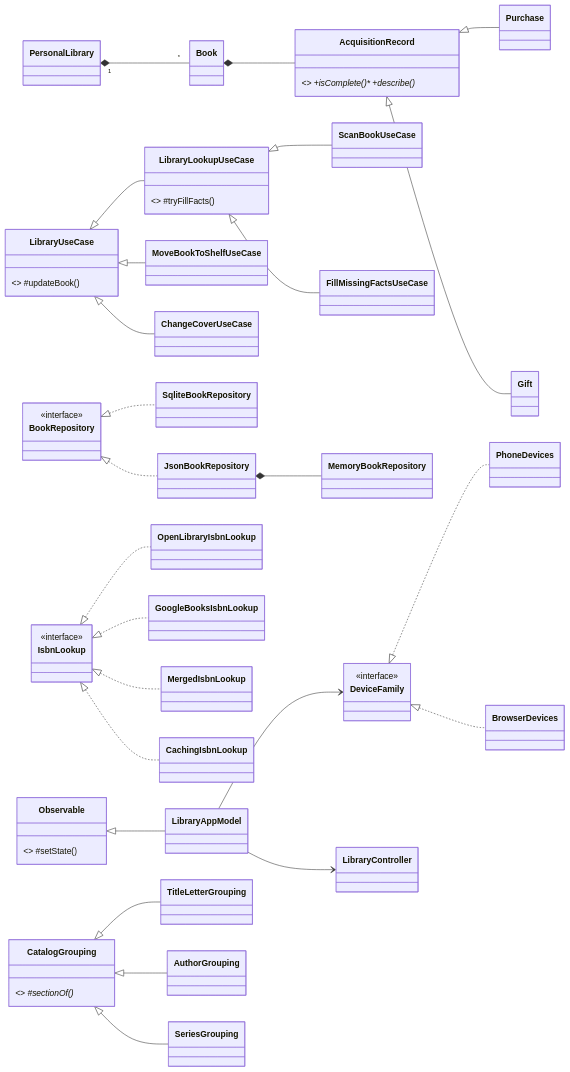
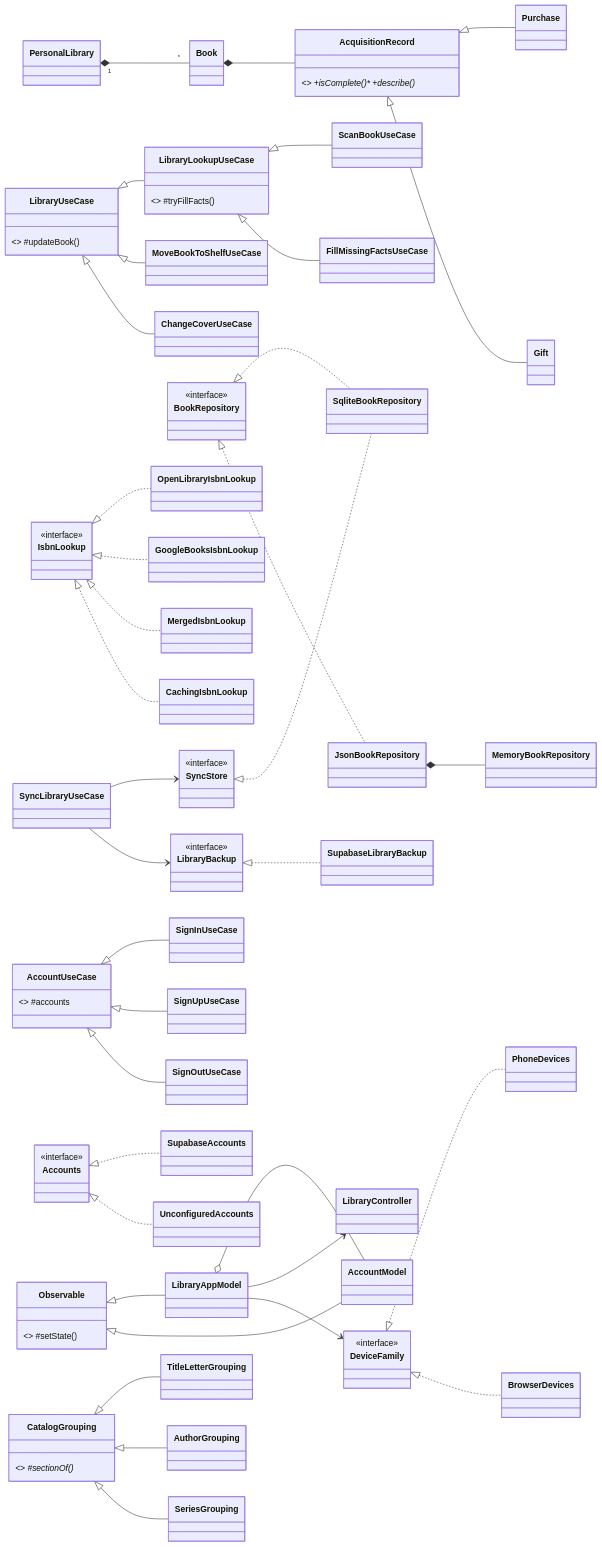
Before and after one commit to ghechavarria/cen5064-project-hechavarria: the fifth of 5 diagrams in docs/code-review.md, drawn with Mermaid. The commit also changed other lines of this file, not shown here.

First line of the commit message:
Study guide: accounts and sync (feature 4) in plain words

````diff
--- a/docs/code-review.md
+++ b/docs/code-review.md
@@ -205,39 +230,55 @@
 ```mermaid
 classDiagram
     direction LR
     class AcquisitionRecord { <<abstract>> +isComplete()* +describe()* }
     AcquisitionRecord <|-- Purchase
     AcquisitionRecord <|-- Gift
     PersonalLibrary "1" *-- "*" Book
     Book *-- AcquisitionRecord
 
     class LibraryUseCase { <<abstract>> #updateBook() }
     class LibraryLookupUseCase { <<abstract>> #tryFillFacts() }
     LibraryUseCase <|-- LibraryLookupUseCase
     LibraryLookupUseCase <|-- ScanBookUseCase
     LibraryLookupUseCase <|-- FillMissingFactsUseCase
     LibraryUseCase <|-- MoveBookToShelfUseCase
     LibraryUseCase <|-- ChangeCoverUseCase
 
     class BookRepository { <<interface>> }
     class IsbnLookup { <<interface>> }
     BookRepository <|.. SqliteBookRepository
     BookRepository <|.. JsonBookRepository
     JsonBookRepository *-- MemoryBookRepository
     IsbnLookup <|.. OpenLibraryIsbnLookup
     IsbnLookup <|.. GoogleBooksIsbnLookup
     IsbnLookup <|.. MergedIsbnLookup
     IsbnLookup <|.. CachingIsbnLookup
 
+    class AccountUseCase { <<abstract>> #accounts }
+    AccountUseCase <|-- SignInUseCase
+    AccountUseCase <|-- SignUpUseCase
+    AccountUseCase <|-- SignOutUseCase
+    class Accounts { <<interface>> }
+    class LibraryBackup { <<interface>> }
+    class SyncStore { <<interface>> }
+    Accounts <|.. SupabaseAccounts
+    Accounts <|.. UnconfiguredAccounts
+    LibraryBackup <|.. SupabaseLibraryBackup
+    SyncStore <|.. SqliteBookRepository
+    SyncLibraryUseCase --> SyncStore
+    SyncLibraryUseCase --> LibraryBackup
+
     class Observable { <<abstract>> #setState() }
     Observable <|-- LibraryAppModel
+    Observable <|-- AccountModel
+    LibraryAppModel o-- AccountModel
     class DeviceFamily { <<interface>> }
     DeviceFamily <|.. PhoneDevices
     DeviceFamily <|.. BrowserDevices
     LibraryAppModel --> LibraryController
     LibraryAppModel --> DeviceFamily
     class CatalogGrouping { <<abstract>> #sectionOf()* }
     CatalogGrouping <|-- TitleLetterGrouping
     CatalogGrouping <|-- AuthorGrouping
     CatalogGrouping <|-- SeriesGrouping
 ```
````
